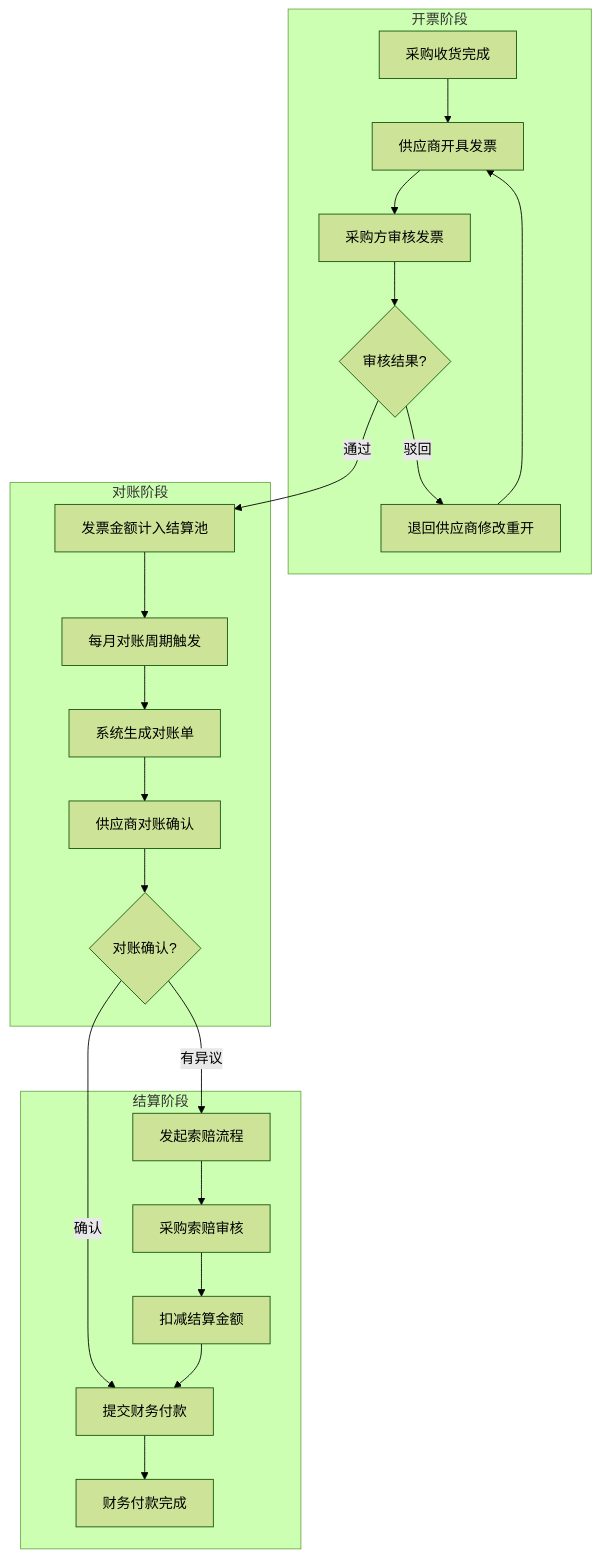
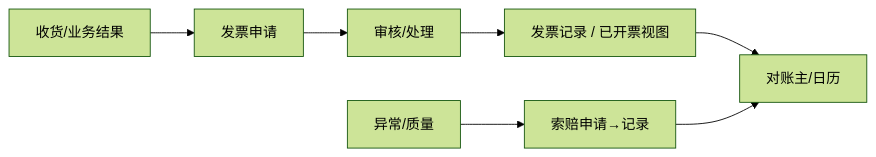
Before and after one commit to jiargcn/MomProductDocument: the diagram in docs/10-SCP-供应链平台/07-发票结算/index.md, drawn with Mermaid (forest theme). The commit also changed other lines of this file and 27 other files, not shown here.

````diff
--- a/docs/10-SCP-供应链平台/07-发票结算/index.md
+++ b/docs/10-SCP-供应链平台/07-发票结算/index.md
@@ -75,43 +32,9 @@
 ```mermaid
-flowchart TD
-    A["采购收货完成"] --> B["供应商开具发票"]
-    B --> C["采购方审核发票"]
-    C --> D{"审核结果?"}
-    D -->|通过| E["发票金额计入结算池"]
-    D -->|驳回| F["退回供应商修改重开"]
-    F --> B
-    E --> G["每月对账周期触发"]
-    G --> H["系统生成对账单"]
-    H --> I["供应商对账确认"]
-    I --> J{"对账确认?"}
-    J -->|确认| K["提交财务付款"]
-    J -->|有异议| L["发起索赔流程"]
-    L --> M["采购索赔审核"]
-    M --> N["扣减结算金额"]
-    N --> K
-    K --> O["财务付款完成"]
-
-    subgraph 开票阶段
-        A
-        B
-        C
-        D
-        F
-    end
-
-    subgraph 对账阶段
-        E
-        G
-        H
-        I
-        J
-    end
-
-    subgraph 结算阶段
-        K
-        L
-        M
-        N
-        O
-    end
+flowchart LR
+    A["收货/业务结果"] --> B["发票申请"]
+    B --> C["审核/处理"]
+    C --> D["发票记录 / 已开票视图"]
+    E["异常/质量"] --> F["索赔申请→记录"]
+    D --> G["对账主/日历"]
+    F --> G
 ```
````
